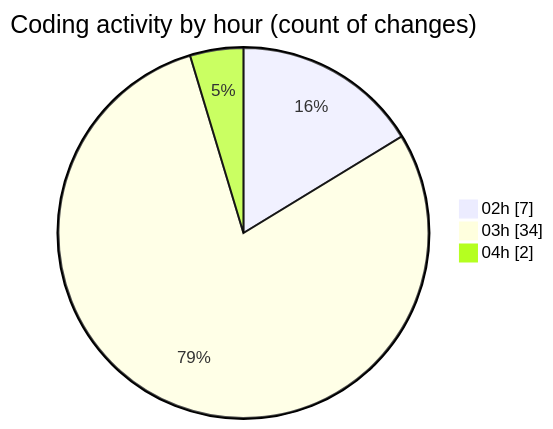
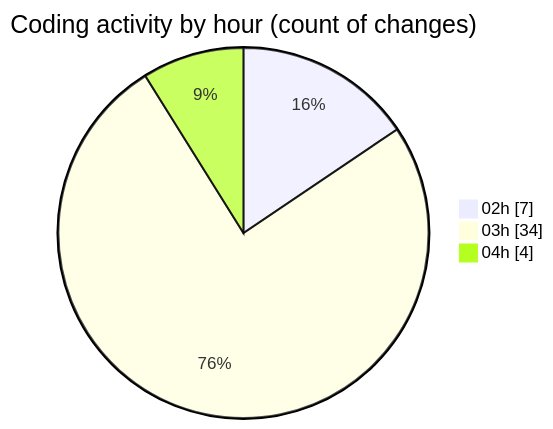
Before and after one commit to JenPaints/code-tracking: the second of 2 diagrams in 2025-05-29/kimberly-groups/README.md, drawn with Mermaid. The commit also changed other lines of this file and 1 other file, not shown here.

````diff
--- a/2025-05-29/kimberly-groups/README.md
+++ b/2025-05-29/kimberly-groups/README.md
@@ -32,7 +32,7 @@
 ```mermaid
 pie showData
 title Coding activity by hour (count of changes)
 "02h" : 7
 "03h" : 34
-"04h" : 2
+"04h" : 4
 ```
````
